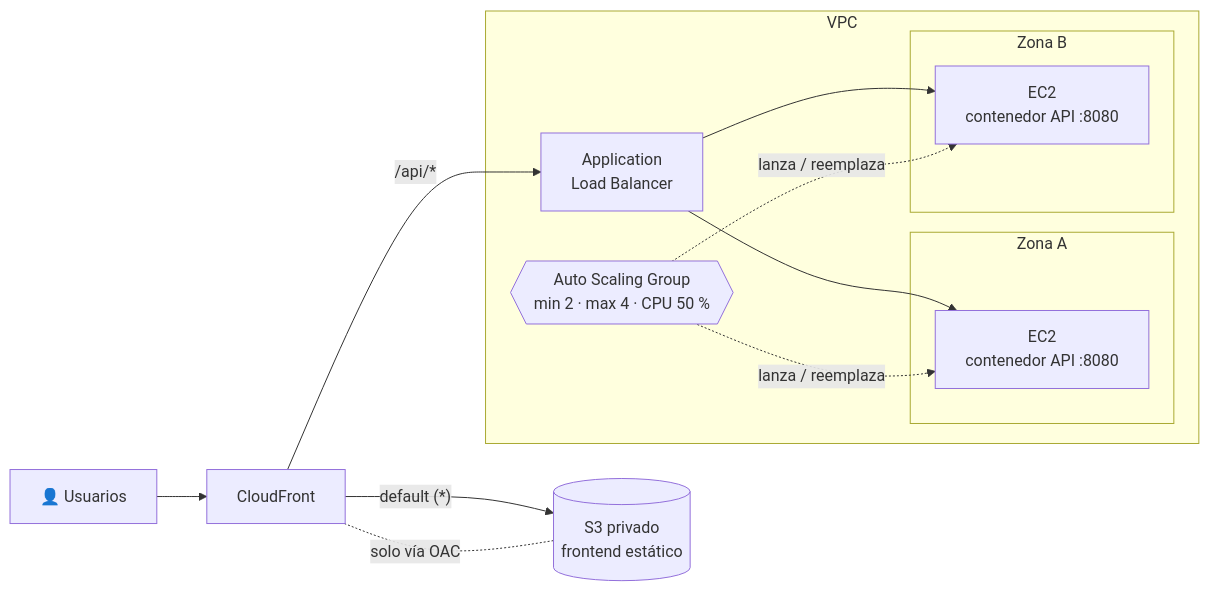
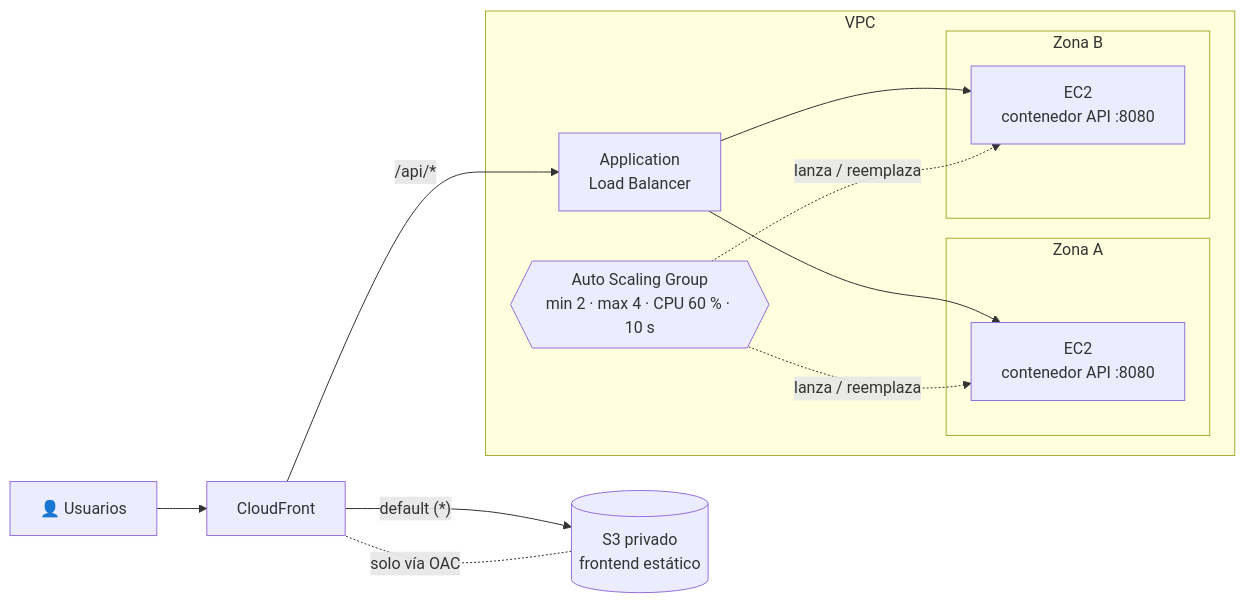
One commit to lvaldivia/Webinar-Arquitecto-de-Soluciones-en-AWS-ED-28 changed the diagram in README.md. Above: the diagram before and after it, drawn with Mermaid. The commit also changed other lines of this file and 35 other files, not shown here.

````diff
--- a/README.md
+++ b/README.md
@@ -19,23 +19,23 @@
 ```mermaid
 flowchart LR
     U["👤 Usuarios"] --> CF["CloudFront"]
     CF -- "default (*)" --> S3[("S3 privado<br/>frontend estático")]
     CF -- "/api/*" --> ALB["Application<br/>Load Balancer"]
 
     subgraph VPC["VPC"]
         ALB
         subgraph AZA["Zona A"]
             EC2A["EC2<br/>contenedor API :8080"]
         end
         subgraph AZB["Zona B"]
             EC2B["EC2<br/>contenedor API :8080"]
         end
-        ASG{{"Auto Scaling Group<br/>min 2 · max 4 · CPU 50 %"}}
+        ASG{{"Auto Scaling Group<br/>min 2 · max 4 · CPU 60 % · 10 s"}}
     end
 
     ALB --> EC2A
     ALB --> EC2B
     ASG -. "lanza / reemplaza" .-> EC2A
     ASG -. "lanza / reemplaza" .-> EC2B
     S3 -. "solo vía OAC" .- CF
 ```
````
